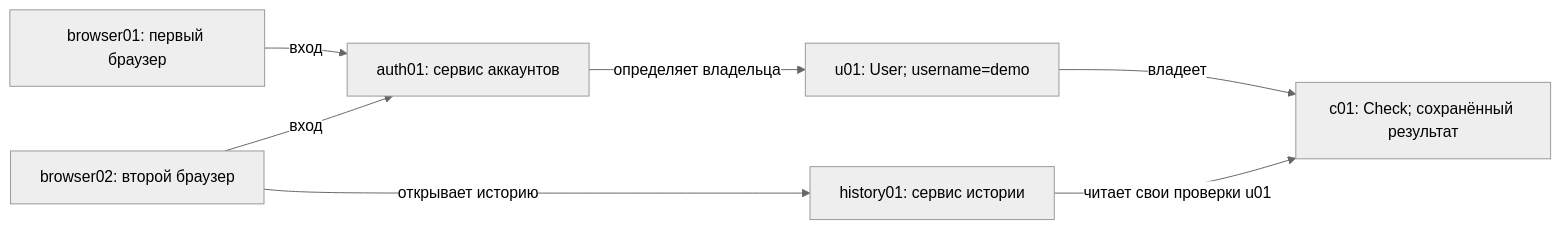
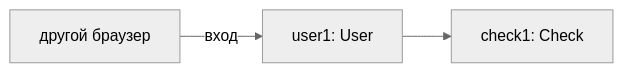
One commit to dzprht/alphago1v changed the first of 14 diagrams in kharchenko_diagrams.md. Above: the diagram before and after it, drawn with Mermaid (neutral theme). The commit also changed other lines of this file and 82 other files, not shown here.

````diff
--- a/kharchenko_diagrams.md
+++ b/kharchenko_diagrams.md
@@ -19,9 +7,5 @@
 ```mermaid
 flowchart LR
-    browser1["browser01: первый браузер"] -->|вход| auth["auth01: сервис аккаунтов"]
-    browser2["browser02: второй браузер"] -->|вход| auth
-    auth -->|определяет владельца| user["u01: User; username=demo"]
-    user -->|владеет| check["c01: Check; сохранённый результат"]
-    history["history01: сервис истории"] -->|читает свои проверки u01| check
-    browser2 -->|открывает историю| history
+    browser["другой браузер"] -->|вход| user["user1: User"]
+    user --> check["check1: Check"]
 ```
````
